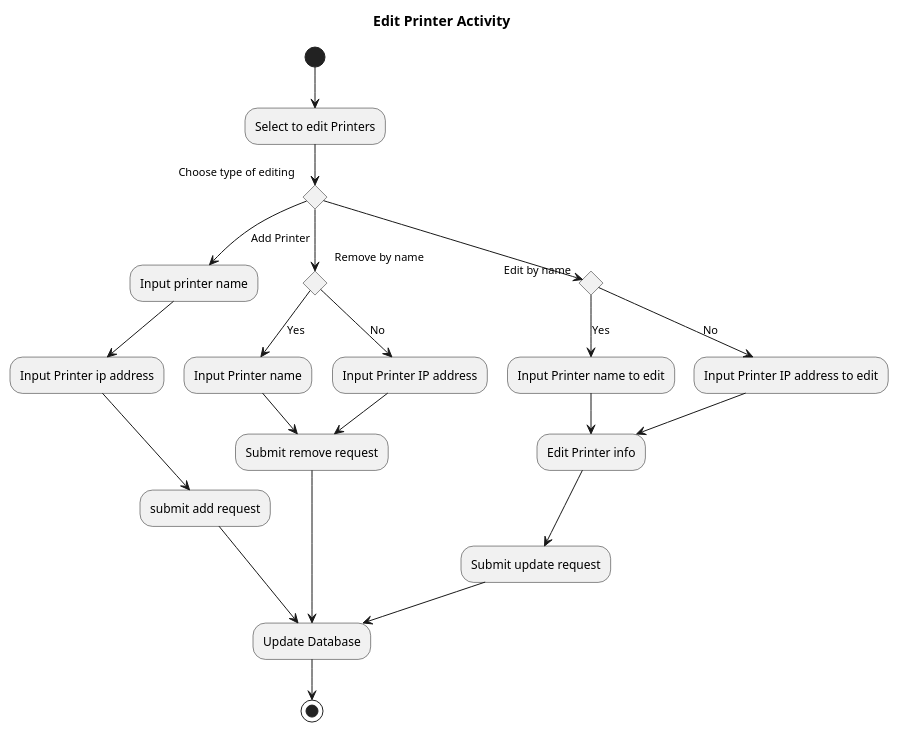
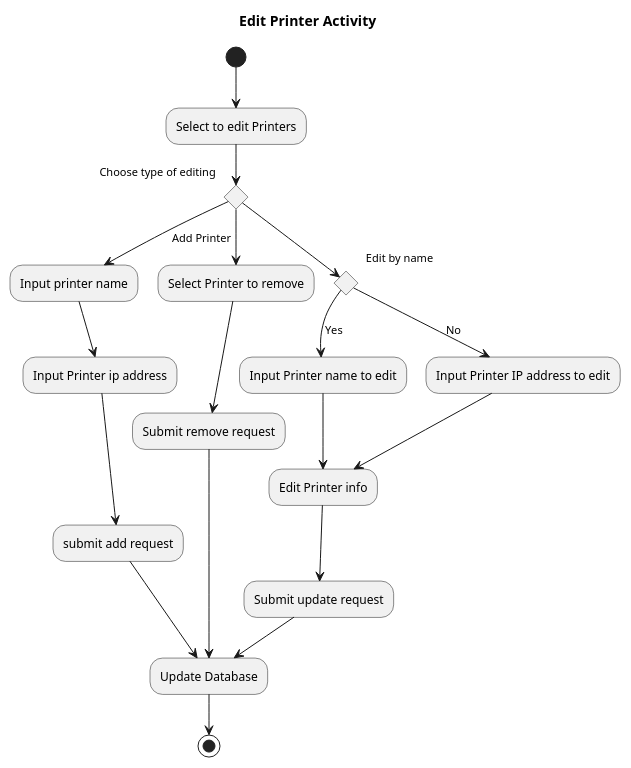
One commit to phillipjf/SNMPrint changed the diagram in app/UML/DesignActivityDiagrams/Edit Printer.puml. Above: the diagram before and after it, drawn with PlantUML. The commit also changed 13 other files, not shown here.

Commit message:
05/03/2015 nearly done diagrams

```diff
--- a/app/UML/DesignActivityDiagrams/Edit Printer.puml
+++ b/app/UML/DesignActivityDiagrams/Edit Printer.puml
@@ -1,30 +1,25 @@
 @startuml
 title Edit Printer Activity
 (*)  --> "Select to edit Printers"
 If "Choose type of editing" then
 --> [Add Printer] "Input printer name"
 --> "Input Printer ip address"
 --> submit add request
 --> "Update Database"
 else
-If "Remove by name" then
---> [Yes]"Input Printer name"
+--> "Select Printer to remove"
 --> "Submit remove request"
-else
--->[No] "Input Printer IP address"
--->"Submit remove request"
-Endif
 --> "Update Database"
 else
 if "Edit by name" then
 --> [Yes] "Input Printer name to edit"
 --> "Edit Printer info"
 else
 -->[No] "Input Printer IP address to edit"
 --> "Edit Printer info"
 Endif
 --> "Submit update request"
 --> "Update Database"
 Endif
 -->(*)
 @enduml
```
